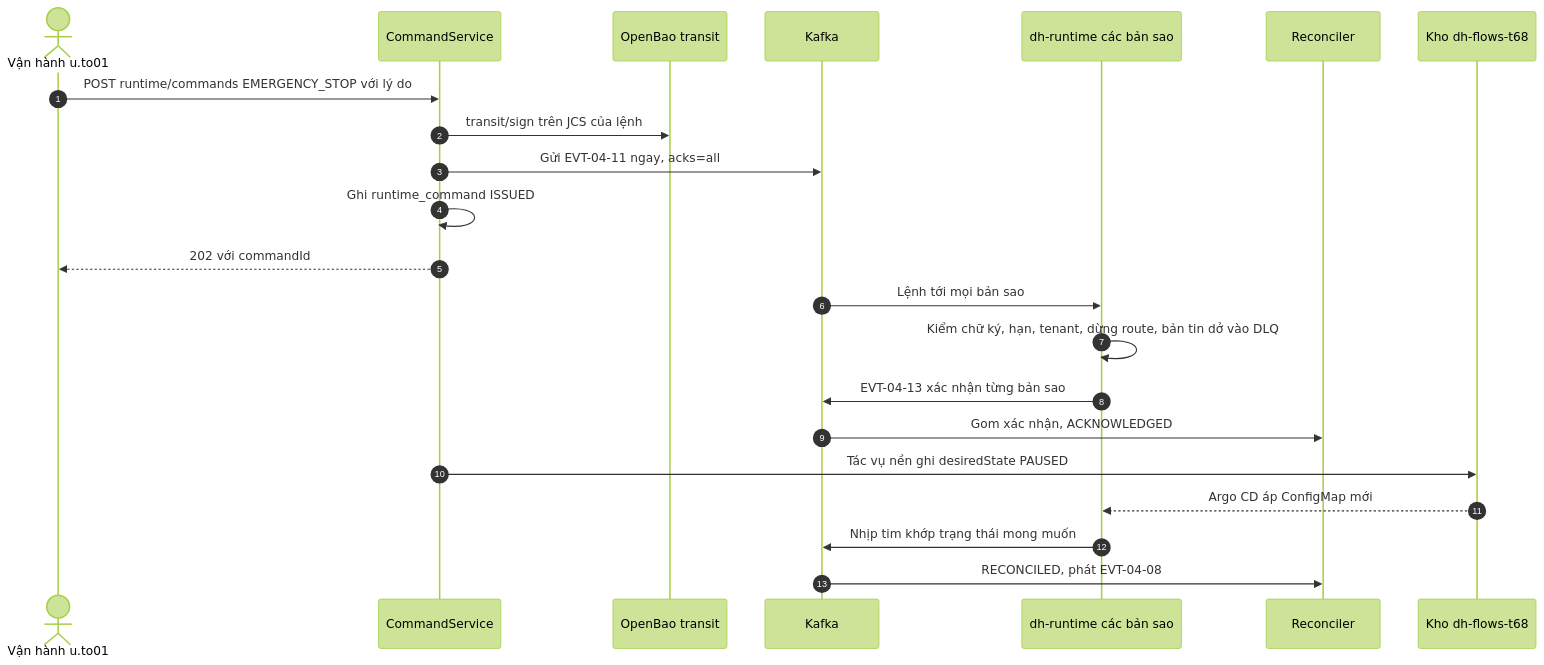
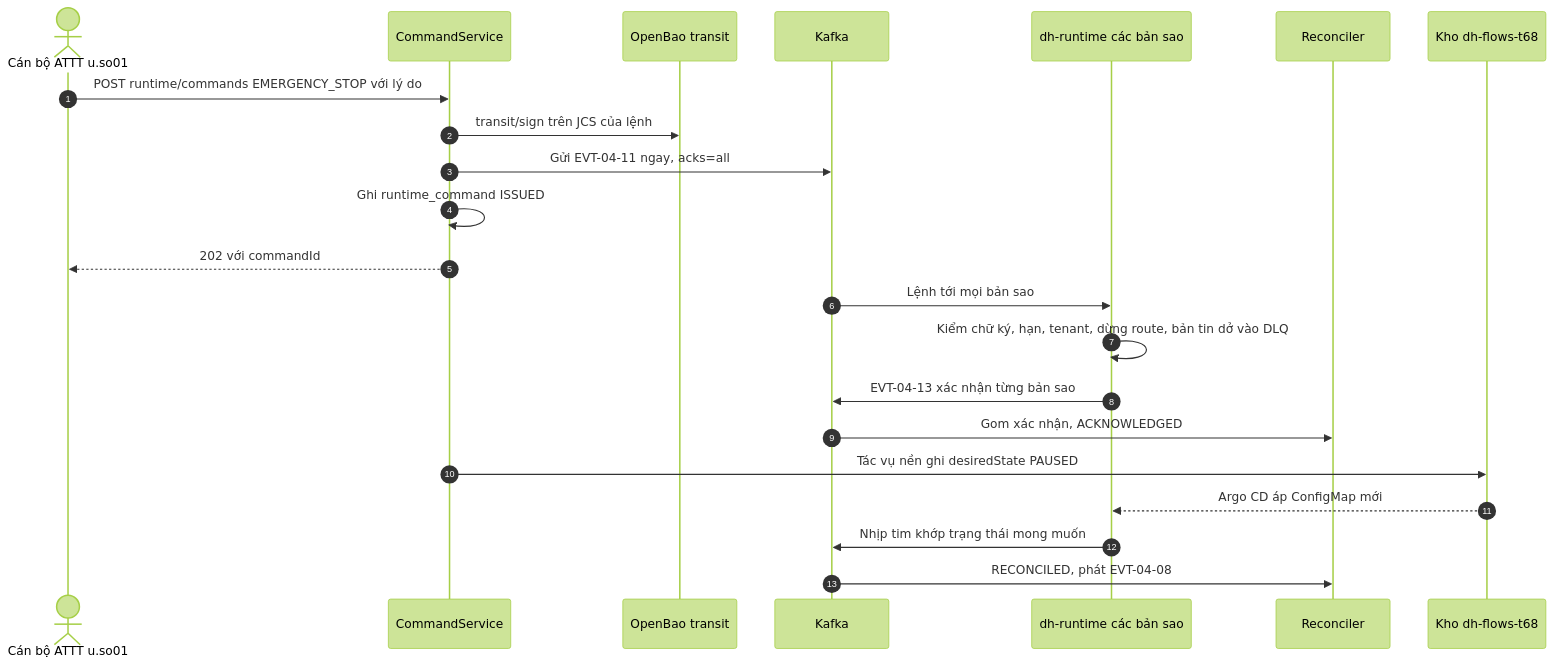
Before and after one commit to caprocute/DATAHUB: the sixth of 6 diagrams in datahub-docs/03-thiet-ke/sdd/D03-02-PH04-sdd-tich-hop.md, drawn with Mermaid (forest theme). The commit also changed other lines of this file and 14 other files, not shown here.

````diff
--- a/datahub-docs/03-thiet-ke/sdd/D03-02-PH04-sdd-tich-hop.md
+++ b/datahub-docs/03-thiet-ke/sdd/D03-02-PH04-sdd-tich-hop.md
@@ -1859,24 +1859,24 @@
 ```{.mermaid caption="Trình tự dừng khẩn một luồng ở PROD"}
 sequenceDiagram
     autonumber
-    actor TO as Vận hành u.to01
+    actor SO as Cán bộ ATTT u.so01
     participant CS as CommandService
     participant BAO as OpenBao transit
     participant K as Kafka
     participant RT as dh-runtime các bản sao
     participant REC as Reconciler
     participant GIT as Kho dh-flows-t68
-    TO->>CS: POST runtime/commands EMERGENCY_STOP với lý do
+    SO->>CS: POST runtime/commands EMERGENCY_STOP với lý do
     CS->>BAO: transit/sign trên JCS của lệnh
     CS->>K: Gửi EVT-04-11 ngay, acks=all
     CS->>CS: Ghi runtime_command ISSUED
-    CS-->>TO: 202 với commandId
+    CS-->>SO: 202 với commandId
     K->>RT: Lệnh tới mọi bản sao
     RT->>RT: Kiểm chữ ký, hạn, tenant, dừng route, bản tin dở vào DLQ
     RT->>K: EVT-04-13 xác nhận từng bản sao
     K->>REC: Gom xác nhận, ACKNOWLEDGED
     CS->>GIT: Tác vụ nền ghi desiredState PAUSED
     GIT-->>RT: Argo CD áp ConfigMap mới
     RT->>K: Nhịp tim khớp trạng thái mong muốn
     K->>REC: RECONCILED, phát EVT-04-08
 ```
````
